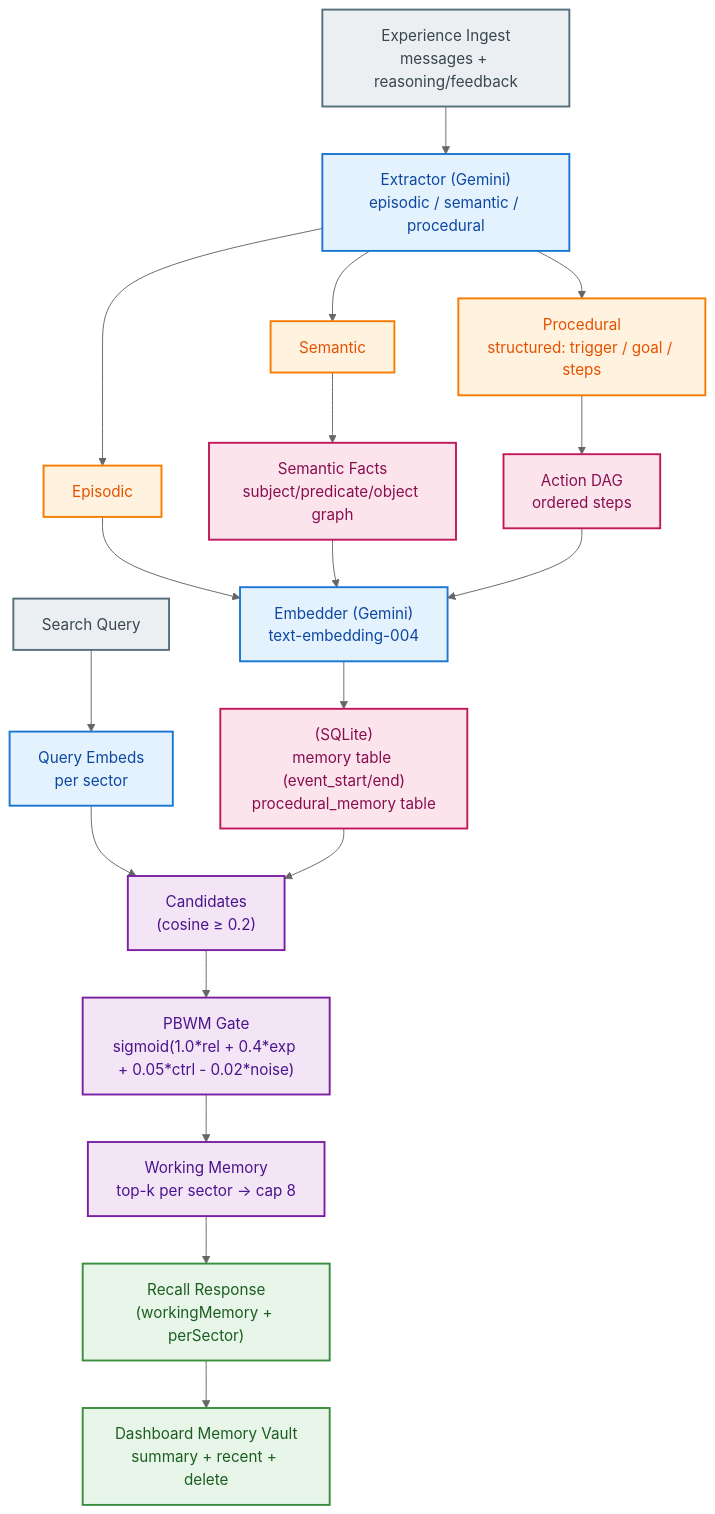
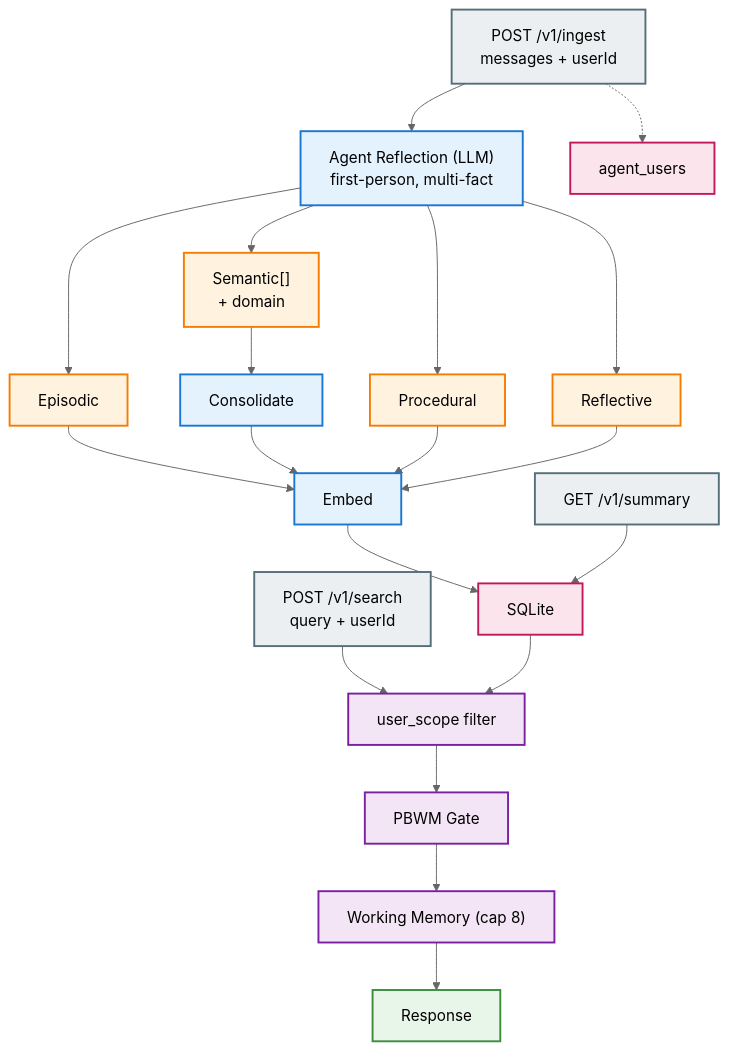
The first of 4 diagrams in memory/README.md (ekailabs/ekai-gateway), drawn with Mermaid (neutral theme) before and after one commit. The commit also changed other lines of this file and 11 other files, not shown here.

Commit message:
agent centric memory

````diff
--- a/memory/README.md
+++ b/memory/README.md
@@ -103,49 +26,39 @@
 ```mermaid
 graph TB
-  classDef inputStyle fill:#eceff1,stroke:#546e7a,stroke-width:2px,color:#37474f
-  classDef processStyle fill:#e3f2fd,stroke:#1976d2,stroke-width:2px,color:#0d47a1
-  classDef sectorStyle fill:#fff3e0,stroke:#f57c00,stroke-width:2px,color:#e65100
-  classDef storageStyle fill:#fce4ec,stroke:#c2185b,stroke-width:2px,color:#880e4f
-  classDef engineStyle fill:#f3e5f5,stroke:#7b1fa2,stroke-width:2px,color:#4a148c
-  classDef outputStyle fill:#e8f5e9,stroke:#388e3c,stroke-width:2px,color:#1b5e20
+  classDef input fill:#eceff1,stroke:#546e7a,stroke-width:2px
+  classDef process fill:#e3f2fd,stroke:#1976d2,stroke-width:2px
+  classDef sector fill:#fff3e0,stroke:#f57c00,stroke-width:2px
+  classDef store fill:#fce4ec,stroke:#c2185b,stroke-width:2px
+  classDef engine fill:#f3e5f5,stroke:#7b1fa2,stroke-width:2px
+  classDef output fill:#e8f5e9,stroke:#388e3c,stroke-width:2px
 
-  EXP["Experience Ingest<br>messages + reasoning/feedback"]:::inputStyle
-  EXTRACT["Extractor (Gemini)<br>episodic / semantic / procedural"]:::processStyle
+  IN["POST /v1/ingest<br>messages + userId"]:::input
+  EXT["Agent Reflection (LLM)<br>first-person, multi-fact"]:::process
 
-  EPISODIC["Episodic"]:::sectorStyle
-  SEMANTIC["Semantic"]:::sectorStyle
-  PROCEDURAL["Procedural<br>structured: trigger / goal / steps"]:::sectorStyle
+  EP["Episodic"]:::sector
+  SE["Semantic[]<br>+ domain"]:::sector
+  PR["Procedural"]:::sector
+  RE["Reflective"]:::sector
 
-  EMBED["Embedder (Gemini)<br>text-embedding-004"]:::processStyle
+  EMB["Embed"]:::process
+  CON["Consolidate"]:::process
+  DB["SQLite"]:::store
+  AU["agent_users"]:::store
 
-  STORE["(SQLite)<br>memory table (event_start/end)<br>procedural_memory table"]:::storageStyle
-  FACTGRAPH["Semantic Facts<br>subject/predicate/object graph"]:::storageStyle
-  STEPGRAPH["Action DAG<br>ordered steps"]:::storageStyle
+  SEARCH["POST /v1/search<br>query + userId"]:::input
+  SCOPE["user_scope filter"]:::engine
+  PBWM["PBWM Gate"]:::engine
+  WM["Working Memory (cap 8)"]:::engine
+  OUT["Response"]:::output
+  SUM["GET /v1/summary"]:::input
 
-  QUERY["Search Query"]:::inputStyle
-  QEMBED["Query Embeds<br>per sector"]:::processStyle
-  CANDIDATES["Candidates<br>(cosine ≥ 0.2)"]:::engineStyle
-  PBWM["PBWM Gate<br>sigmoid(1.0*rel + 0.4*exp + 0.05*ctrl - 0.02*noise)"]:::engineStyle
-  WM["Working Memory<br>top-k per sector → cap 8"]:::engineStyle
+  IN --> EXT
+  EXT --> EP & SE & PR & RE
+  SE --> CON
+  EP & CON & PR & RE --> EMB --> DB
+  IN -.-> AU
 
-  OUTPUT["Recall Response<br>(workingMemory + perSector)"]:::outputStyle
-  UI["Dashboard Memory Vault<br>summary + recent + delete"]:::outputStyle
-
-  EXP --> EXTRACT
-  EXTRACT --> EPISODIC
-  EXTRACT --> SEMANTIC
-  EXTRACT --> PROCEDURAL
-
-  EPISODIC --> EMBED
-  SEMANTIC --> FACTGRAPH
-  FACTGRAPH --> EMBED
-  PROCEDURAL --> STEPGRAPH
-  STEPGRAPH --> EMBED
-
-  EMBED --> STORE
-
-  QUERY --> QEMBED --> CANDIDATES --> PBWM --> WM --> OUTPUT
-  STORE --> CANDIDATES
-
-  OUTPUT --> UI
+  SEARCH --> SCOPE --> PBWM --> WM --> OUT
+  DB --> SCOPE
+  SUM --> DB
 ```
````
